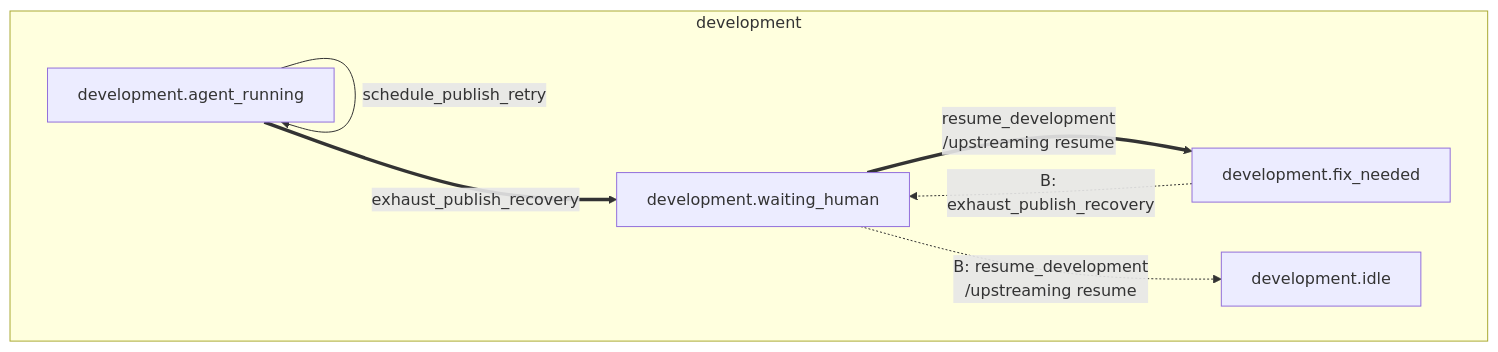
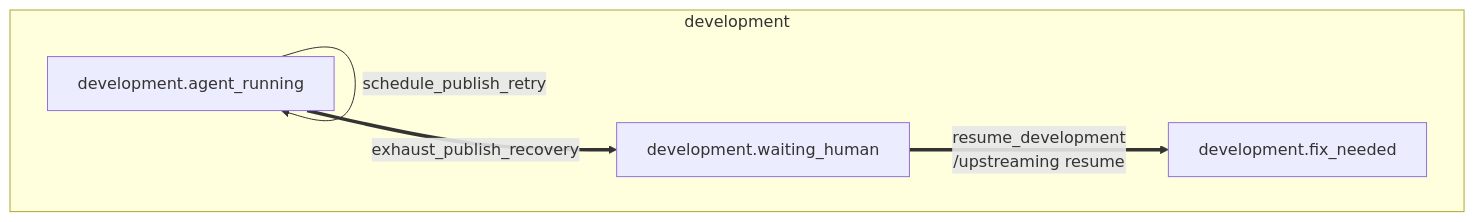
Before and after one commit to riseproject-dev/porting-agent: the ninth of 52 diagrams in docs/state-machine/decisions.md, drawn with Mermaid. The commit also changed other lines of this file and 9 other files, not shown here.

````diff
--- a/docs/state-machine/decisions.md
+++ b/docs/state-machine/decisions.md
@@ -251,15 +225,12 @@
 ```mermaid
 flowchart TB
     subgraph development["development"]
         development_agent_running["development.agent_running"]
         development_fix_needed["development.fix_needed"]
         development_waiting_human["development.waiting_human"]
-        development_idle["development.idle"]
     end
 
     development_agent_running -->|schedule_publish_retry| development_agent_running
     development_agent_running ==>|exhaust_publish_recovery| development_waiting_human
     development_waiting_human ==>|resume_development<br/>/upstreaming resume| development_fix_needed
-    development_fix_needed -.->|"B: exhaust_publish_recovery"| development_waiting_human
-    development_waiting_human -.->|"B: resume_development<br/>/upstreaming resume"| development_idle
 ```
````
